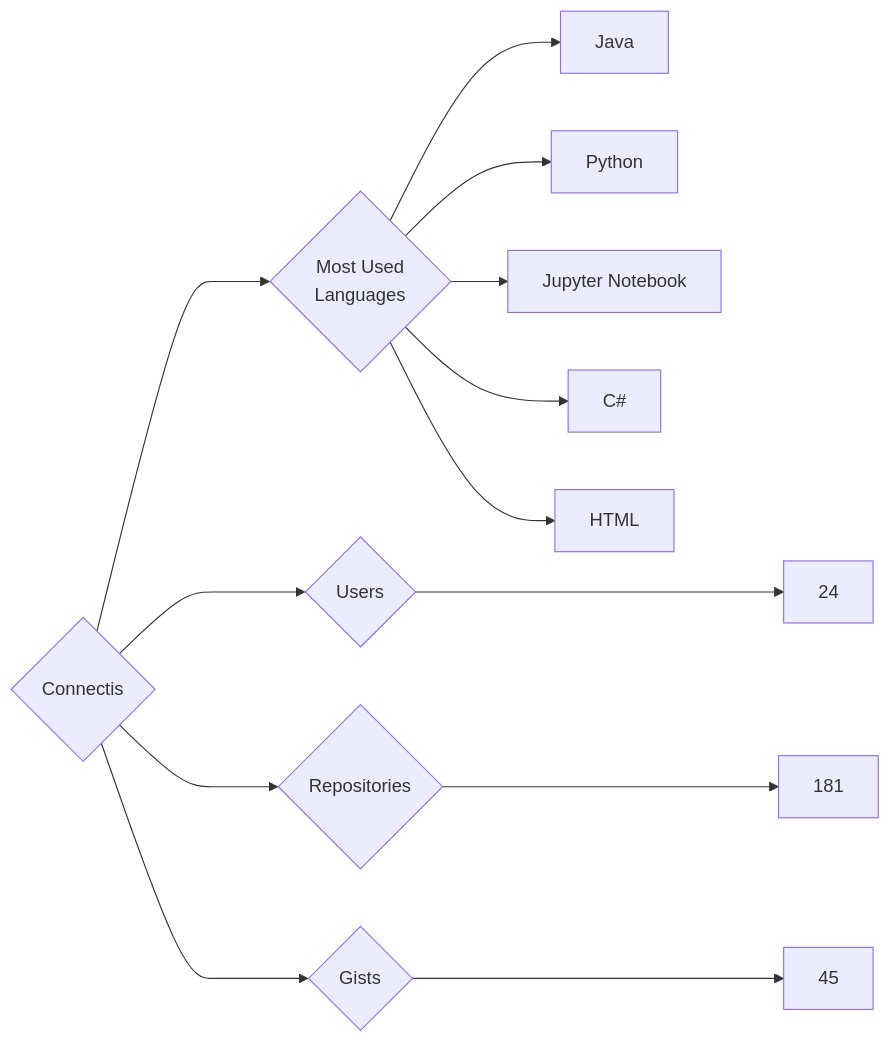
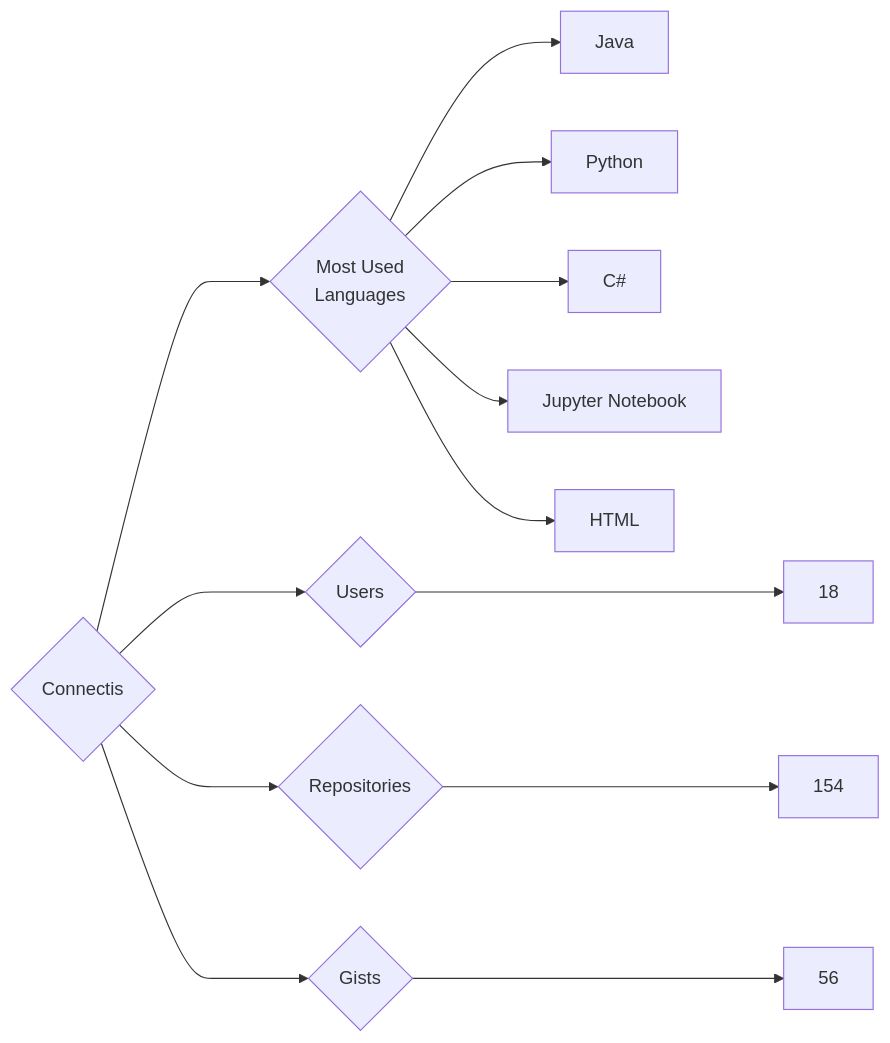
The diagram in targets/Connectis/README.md (trickest/insiders), drawn with Mermaid before and after one commit. The commit also changed 838 other files, not shown here.

````diff
--- a/targets/Connectis/README.md
+++ b/targets/Connectis/README.md
@@ -3,13 +3,13 @@
 ```mermaid
 graph LR
 COMPANY_NAME{Connectis}
-COMPANY_NAME ---> U{Users} ---> UN[24]
-COMPANY_NAME ---> R{Repositories} ---> RN[181]
-COMPANY_NAME ---> G{Gists} ---> GN[45]
+COMPANY_NAME ---> U{Users} ---> UN[18]
+COMPANY_NAME ---> R{Repositories} ---> RN[154]
+COMPANY_NAME ---> G{Gists} ---> GN[56]
 COMPANY_NAME ---> ML{Most Used<br>Languages}
 ML --> Java[Java]
 ML --> Python[Python]
+ML --> C#[C#]
 ML --> Jupyter_Notebook[Jupyter Notebook]
-ML --> C#[C#]
 ML --> HTML[HTML]
 ```
````
